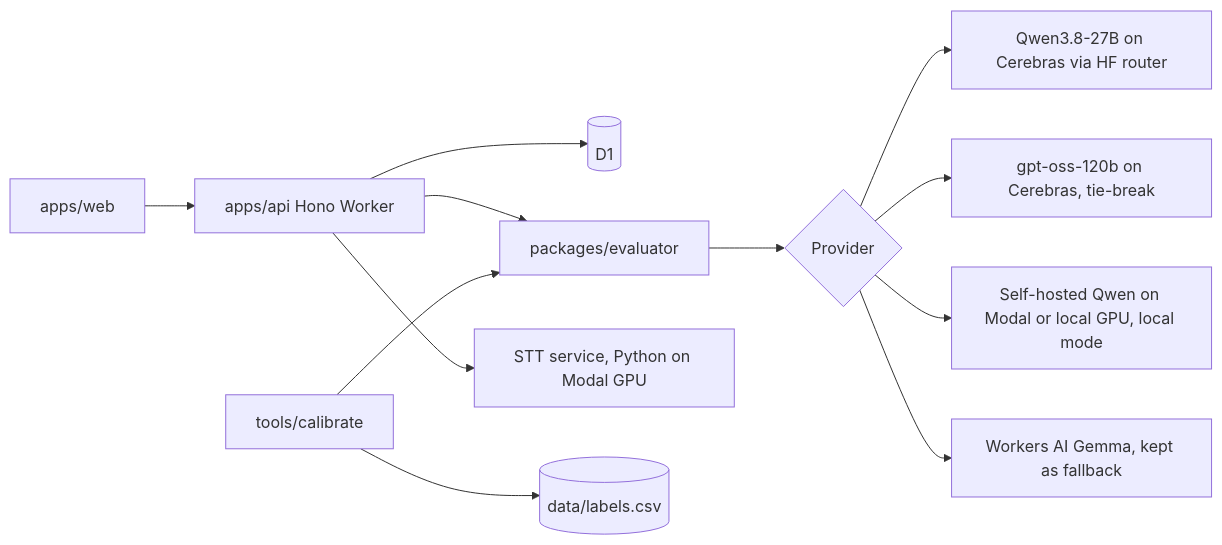
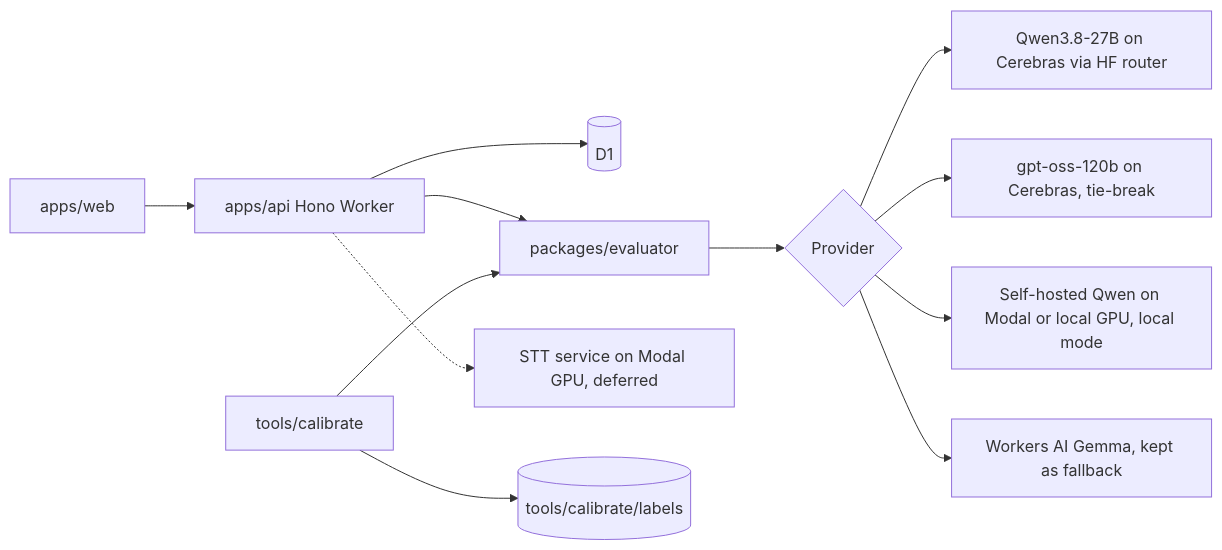
The diagram in docs/CQA_ARCHITECTURE.md (ieraasyl/mmptici), drawn with Mermaid before and after one commit. The commit also changed other lines of this file and 3 other files, not shown here.

````diff
--- a/docs/CQA_ARCHITECTURE.md
+++ b/docs/CQA_ARCHITECTURE.md
@@ -42,14 +42,14 @@
 ```mermaid
 flowchart LR
     UI[apps/web] --> API[apps/api Hono Worker]
     API --> DB[(D1)]
     API --> EV[packages/evaluator]
     EV --> P{Provider}
     P --> C1[Qwen3.8-27B on Cerebras via HF router]
     P --> C2[gpt-oss-120b on Cerebras, tie-break]
     P --> L[Self-hosted Qwen on Modal or local GPU, local mode]
     P --> W[Workers AI Gemma, kept as fallback]
-    API --> STT[STT service, Python on Modal GPU]
+    API -.-> STT[STT service on Modal GPU, deferred]
     CLI[tools/calibrate] --> EV
-    CLI --> LBL[(data/labels.csv)]
+    CLI --> LBL[(tools/calibrate/labels)]
 ```
````
